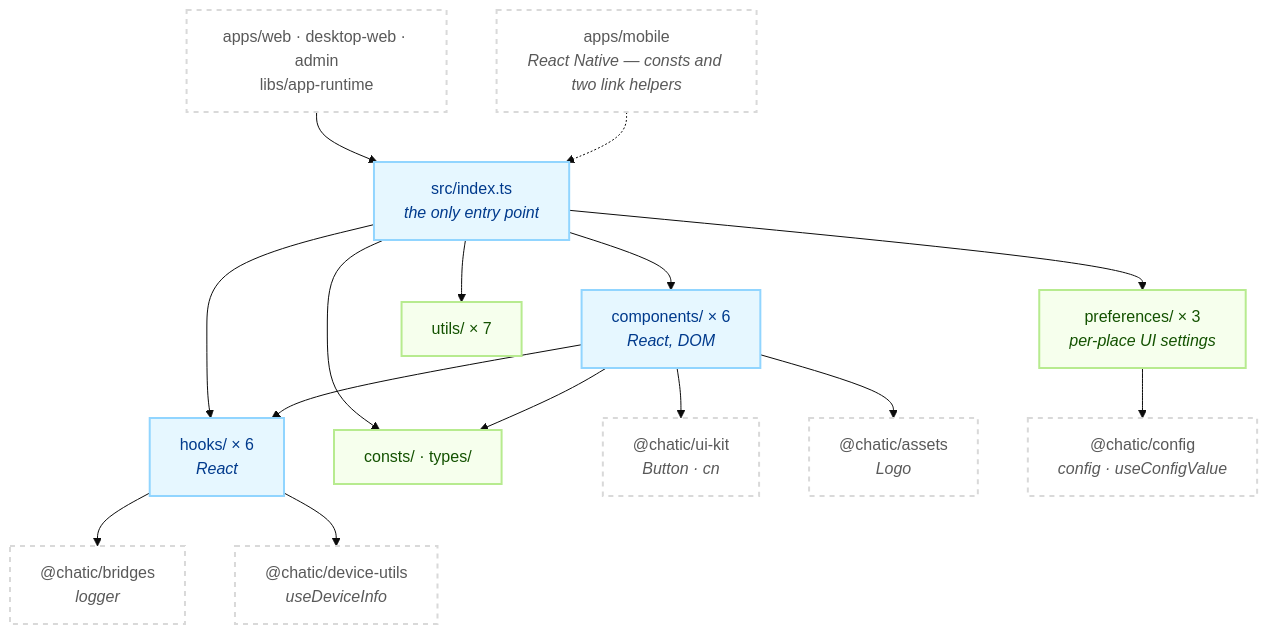
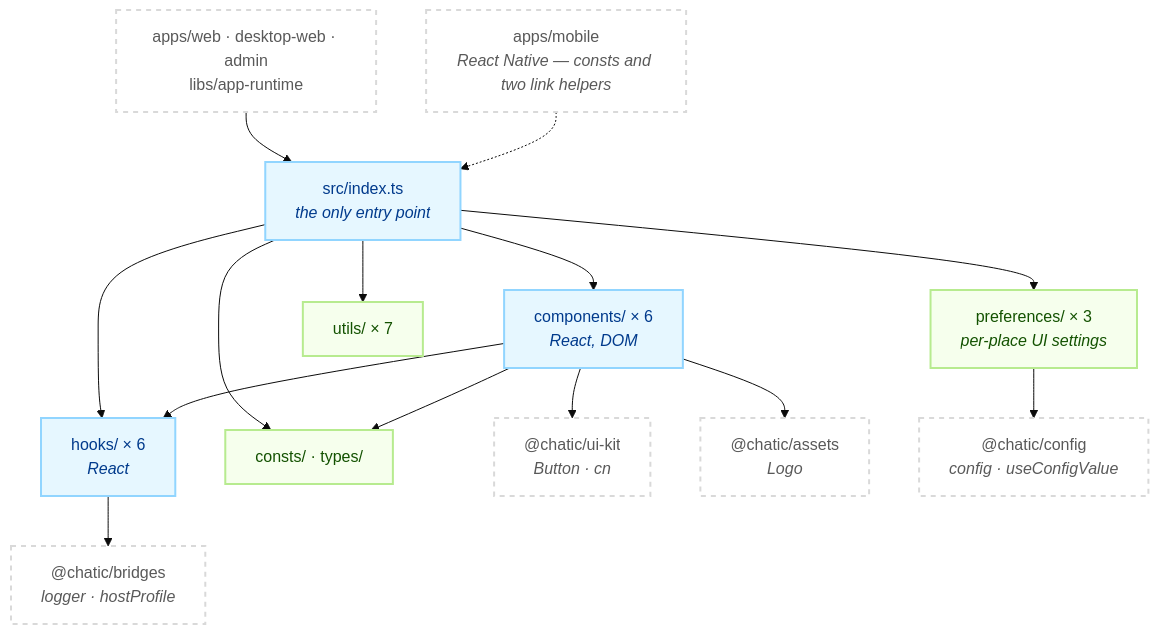
The first of 2 diagrams in libs/shared/README.md (lemoncloud-io/dou-app), drawn with Mermaid (base theme) before and after one commit. The commit also changed other lines of this file and 69 other files, not shown here.

First line of the commit message:
refactor(bridges,web): build the host profile in bridges and remove device-utils (ADR-0324)

````diff
--- a/libs/shared/README.md
+++ b/libs/shared/README.md
@@ -129,38 +129,36 @@
 ```mermaid
 flowchart TD
     classDef grp fill:#e6f7ff,stroke:#91d5ff,stroke-width:2px,color:#003a8c;
     classDef pure fill:#f6ffed,stroke:#b7eb8f,stroke-width:2px,color:#135200;
     classDef ext fill:#ffffff,stroke:#d9d9d9,stroke-width:2px,color:#595959,stroke-dasharray: 5 5;
 
     App["apps/web · desktop-web · admin<br/>libs/app-runtime"]:::ext
     RN["apps/mobile<br/><i>React Native — consts and two link helpers</i>"]:::ext
 
     Barrel["src/index.ts<br/><i>the only entry point</i>"]:::grp
 
     Comp["components/ × 6<br/><i>React, DOM</i>"]:::grp
     Hooks["hooks/ × 6<br/><i>React</i>"]:::grp
     Prefs["preferences/ × 3<br/><i>per-place UI settings</i>"]:::pure
     Utils["utils/ × 7"]:::pure
     Const["consts/ · types/"]:::pure
 
     UiKit["@chatic/ui-kit<br/><i>Button · cn</i>"]:::ext
     Assets["@chatic/assets<br/><i>Logo</i>"]:::ext
-    Bridges["@chatic/bridges<br/><i>logger</i>"]:::ext
+    Bridges["@chatic/bridges<br/><i>logger · hostProfile</i>"]:::ext
     Cfg["@chatic/config<br/><i>config · useConfigValue</i>"]:::ext
-    Dev["@chatic/device-utils<br/><i>useDeviceInfo</i>"]:::ext
 
     App --> Barrel
     RN -.-> Barrel
     Barrel --> Comp
     Barrel --> Hooks
     Barrel --> Prefs
     Barrel --> Utils
     Barrel --> Const
     Comp --> Hooks
     Comp --> Const
     Comp --> UiKit
     Comp --> Assets
     Hooks --> Bridges
-    Hooks --> Dev
     Prefs --> Cfg
 ```
````
